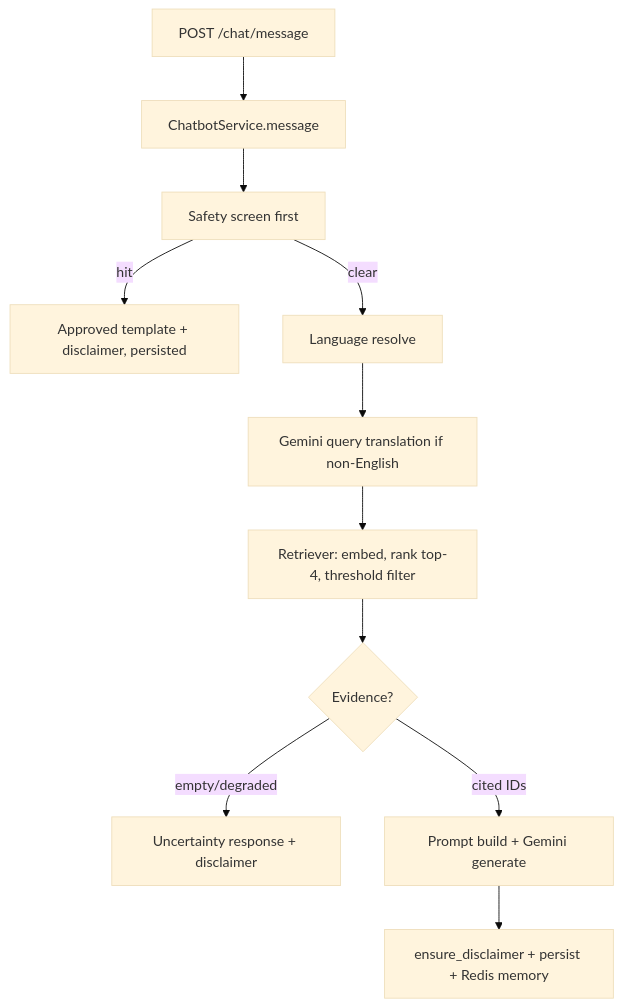
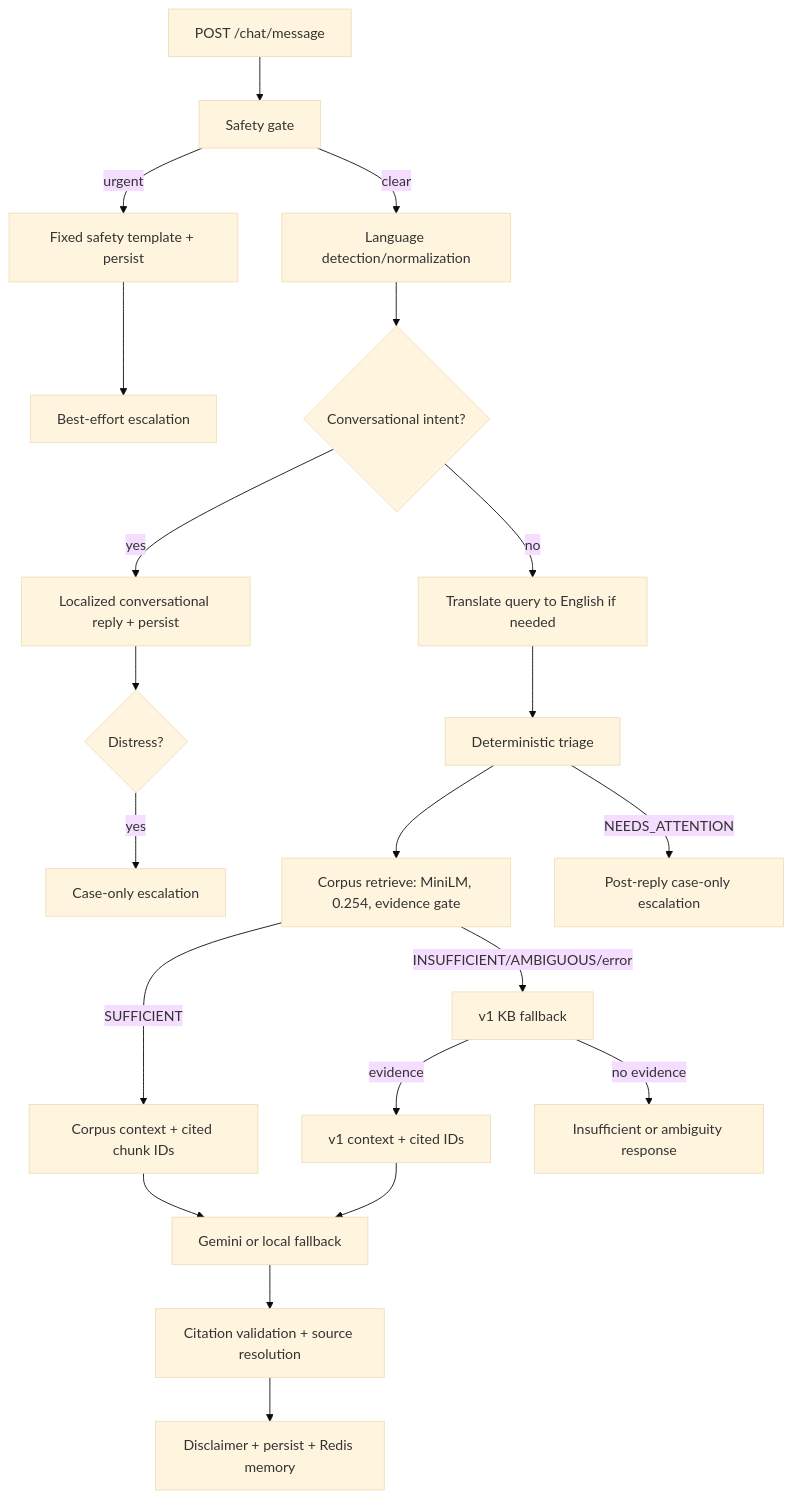
The diagram in docs/RAG_ARCHITECTURE.md (varnika211005/Major-Project-NurtureHer), drawn with Mermaid (base theme) before and after one commit. The commit also changed other lines of this file and 165 other files, not shown here.

````diff
--- a/docs/RAG_ARCHITECTURE.md
+++ b/docs/RAG_ARCHITECTURE.md
@@ -31,13 +55,23 @@
 ```mermaid
 flowchart TD
-    A[POST /chat/message] --> B[ChatbotService.message]
-    B --> C[Safety screen first]
-    C -->|hit| Z[Approved template + disclaimer, persisted]
-    C -->|clear| D[Language resolve]
-    D --> E[Gemini query translation if non-English]
-    E --> F[Retriever: embed, rank top-4, threshold filter]
-    F --> G{Evidence?}
-    G -->|empty/degraded| H[Uncertainty response + disclaimer]
-    G -->|cited IDs| I[Prompt build + Gemini generate]
-    I --> J[ensure_disclaimer + persist + Redis memory]
+    A[POST /chat/message] --> B[Safety gate]
+    B -->|urgent| C[Fixed safety template + persist]
+    C --> D[Best-effort escalation]
+    B -->|clear| E[Language detection/normalization]
+    E --> F{Conversational intent?}
+    F -->|yes| G[Localized conversational reply + persist]
+    G --> H{Distress?}
+    H -->|yes| I[Case-only escalation]
+    F -->|no| J[Translate query to English if needed]
+    J --> K[Deterministic triage]
+    K --> L[Corpus retrieve: MiniLM, 0.254, evidence gate]
+    L -->|SUFFICIENT| M[Corpus context + cited chunk IDs]
+    L -->|INSUFFICIENT/AMBIGUOUS/error| N[v1 KB fallback]
+    N -->|evidence| O[v1 context + cited IDs]
+    N -->|no evidence| P[Insufficient or ambiguity response]
+    M --> Q[Gemini or local fallback]
+    O --> Q
+    Q --> R[Citation validation + source resolution]
+    R --> S[Disclaimer + persist + Redis memory]
+    K -->|NEEDS_ATTENTION| T[Post-reply case-only escalation]
 ```
````
